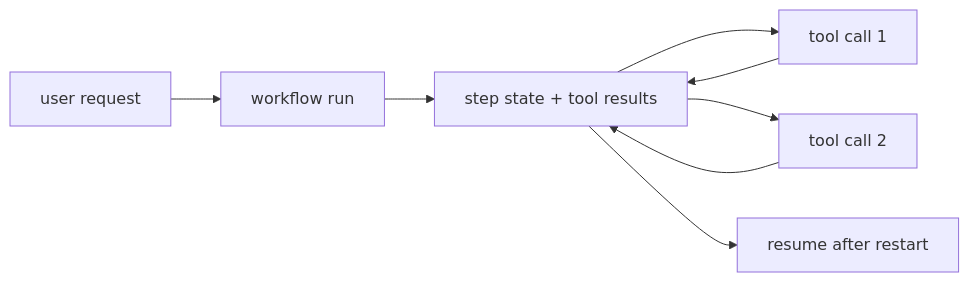
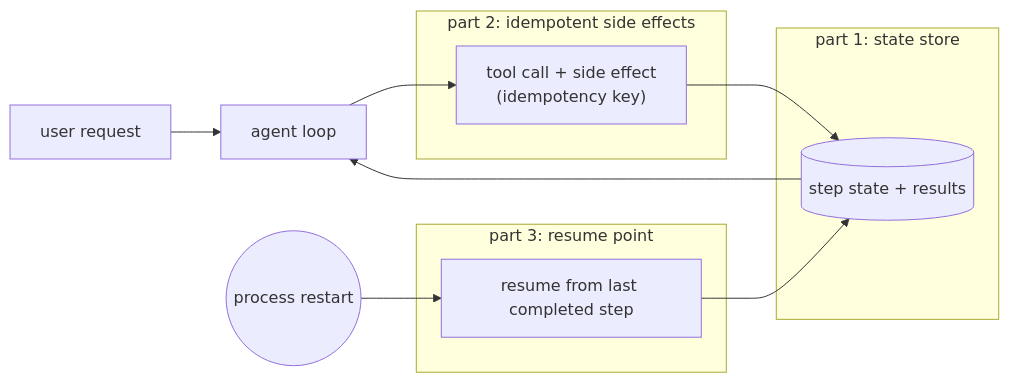
Before and after one commit to arun-gupta/the-pain-first-way: the second of 2 diagrams in pains/agents/A01-durable-agents.md, drawn with Mermaid.

Commit message:
Group the A.01 durable-execution diagram boxes by part
Wrap each box in the "with durable execution" diagram in a labeled
subgraph (part 1 state store, part 2 idempotent side effects, part 3
resume point) so the diagram maps onto the three swappable parts the
text now calls out. The agent loop and user stay outside, since they are
what is made durable rather than one of the three parts.

````diff
--- a/pains/agents/A01-durable-agents.md
+++ b/pains/agents/A01-durable-agents.md
@@ -28,10 +28,18 @@
 ```mermaid
 flowchart LR
-  USER[user request] --> WF[workflow run]
-  WF --> LOG[step state + tool results]
-  LOG --> T1[tool call 1]
-  T1 --> LOG
-  LOG --> T2[tool call 2]
-  T2 --> LOG
-  LOG --> RESUME[resume after restart]
+  USER[user request] --> WF[agent loop]
+  WF --> STEP
+  STEP --> STORE
+  STORE --> WF
+  RST((process restart)) --> RESUME
+  RESUME --> STORE
+  subgraph P2 ["part 2: idempotent side effects"]
+    STEP["tool call + side effect<br/>(idempotency key)"]
+  end
+  subgraph P1 ["part 1: state store"]
+    STORE[(step state + results)]
+  end
+  subgraph P3 ["part 3: resume point"]
+    RESUME[resume from last completed step]
+  end
 ```
````
